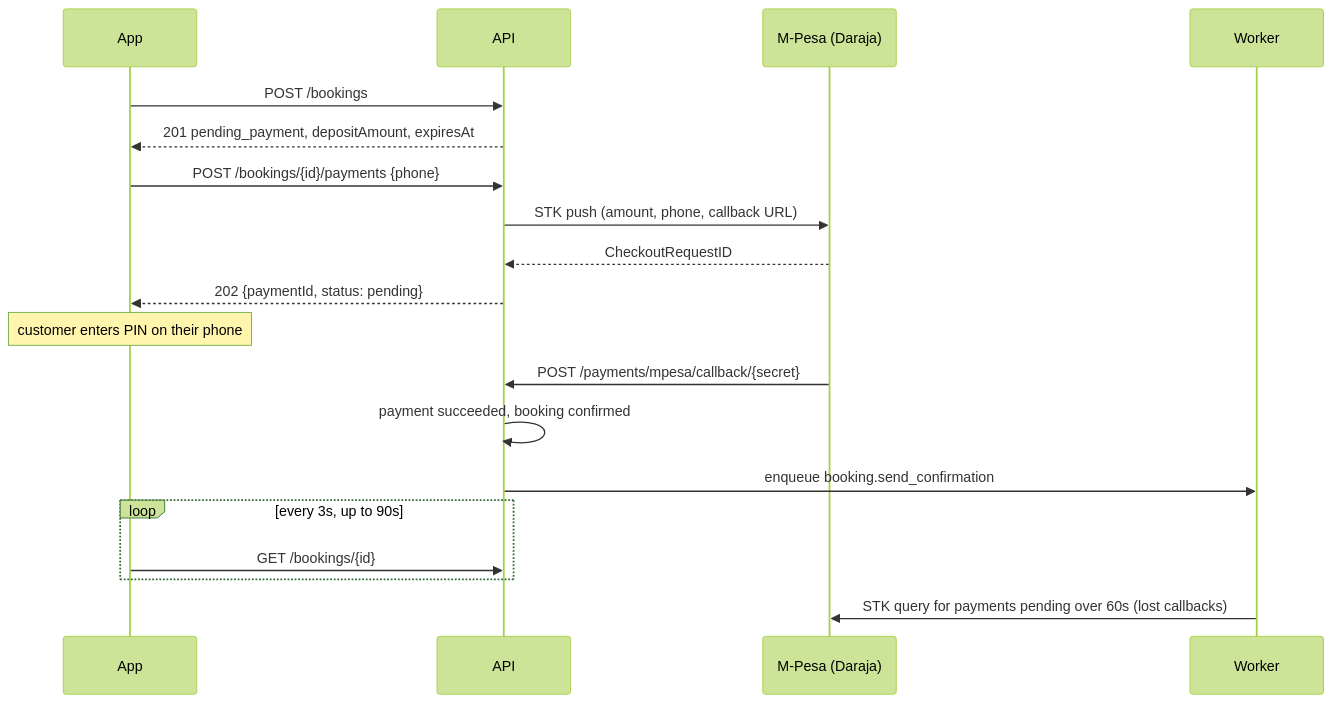
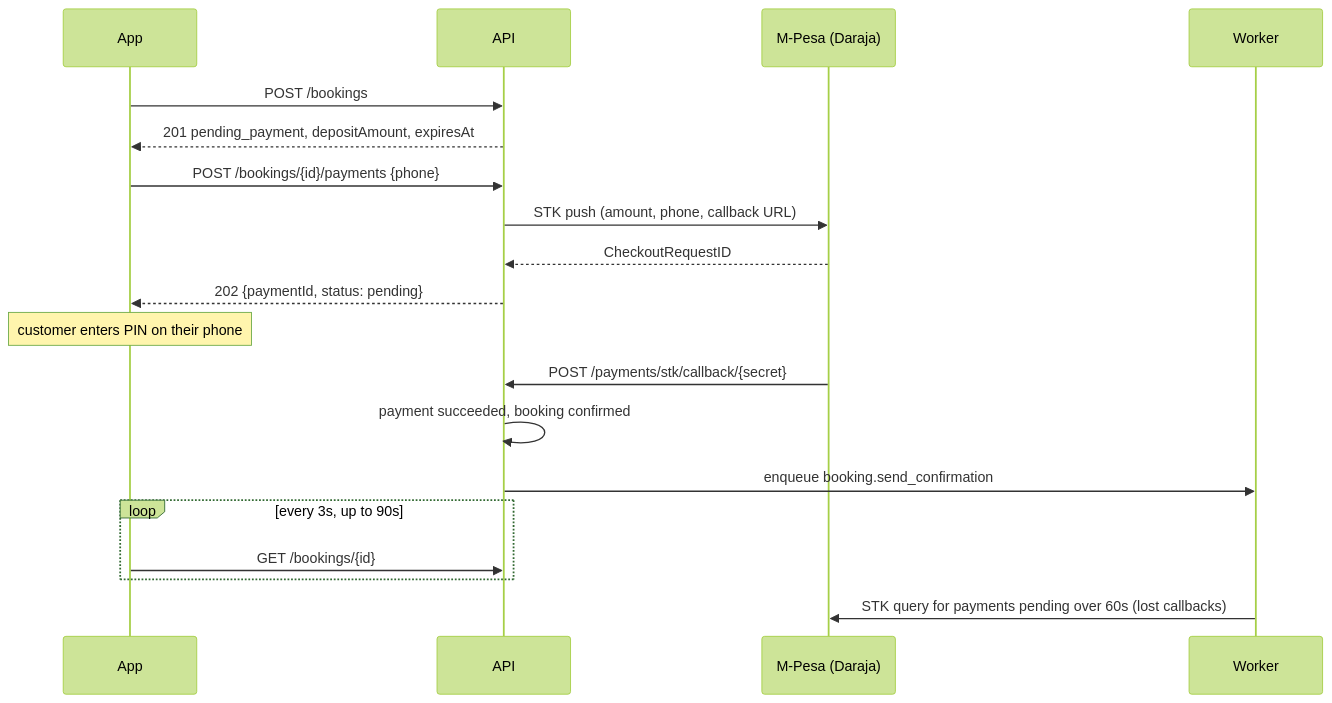
One commit to JasperMunene/trimmy-server changed the second of 2 diagrams in docs/booking/PLAN.md. Above: the diagram before and after it, drawn with Mermaid (forest theme). The commit also changed other lines of this file and 6 other files, not shown here.

First line of the commit message:
M-Pesa: allow 20-character account references; callback at /payments/stk/callback

````diff
--- a/docs/booking/PLAN.md
+++ b/docs/booking/PLAN.md
@@ -112,21 +112,21 @@
 ```mermaid
 sequenceDiagram
     participant App
     participant API
     participant Daraja as M-Pesa (Daraja)
     participant Worker
     App->>API: POST /bookings
     API-->>App: 201 pending_payment, depositAmount, expiresAt
     App->>API: POST /bookings/{id}/payments {phone}
     API->>Daraja: STK push (amount, phone, callback URL)
     Daraja-->>API: CheckoutRequestID
     API-->>App: 202 {paymentId, status: pending}
     Note over App: customer enters PIN on their phone
-    Daraja->>API: POST /payments/mpesa/callback/{secret}
+    Daraja->>API: POST /payments/stk/callback/{secret}
     API->>API: payment succeeded, booking confirmed
     API->>Worker: enqueue booking.send_confirmation
     loop every 3s, up to 90s
         App->>API: GET /bookings/{id}
     end
     Worker->>Daraja: STK query for payments pending over 60s (lost callbacks)
 ```
````
